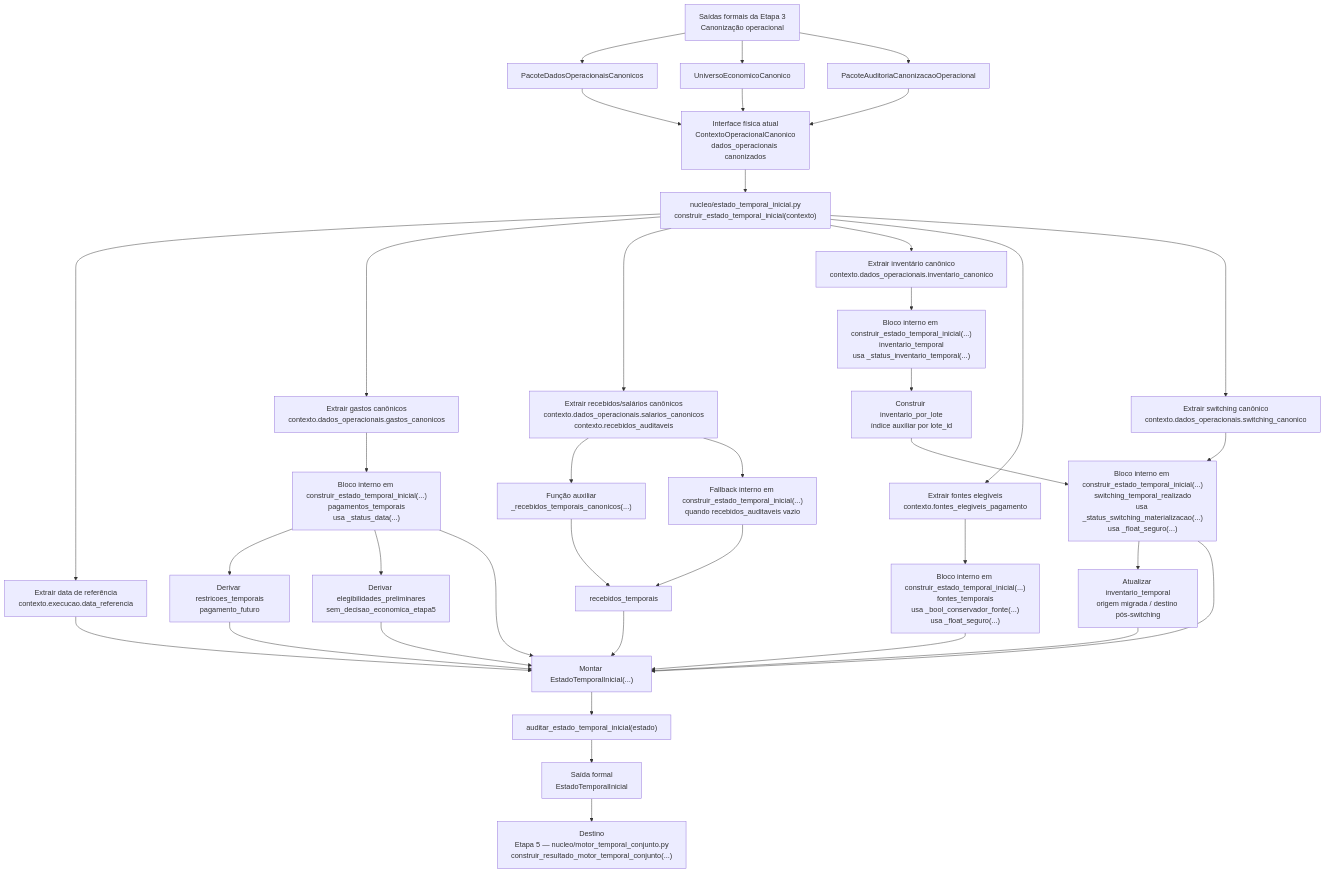
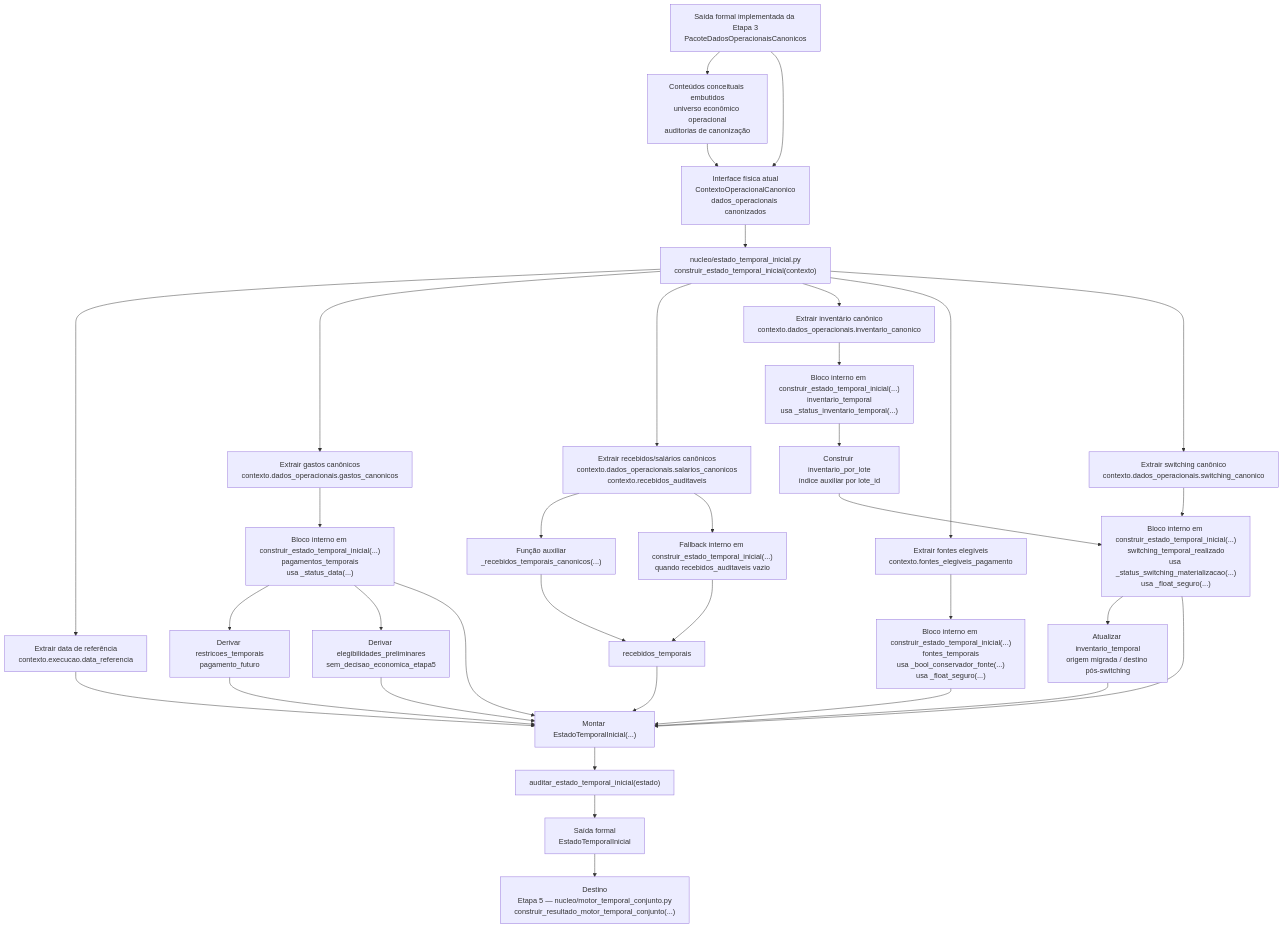
The diagram in relatorios/principais/contratos_individuais/CONTRATO_ETAPA4_ESTADO_TEMPORAL_INICIAL.md (WevertonGomesCosta/payment-investment-allocation), drawn with Mermaid before and after one commit. The commit also changed other lines of this file, not shown here.

Commit message:
MICRO-CONTRATOS-04: alinha entrada da etapa 4 a etapa 3

````diff
--- a/relatorios/principais/contratos_individuais/CONTRATO_ETAPA4_ESTADO_TEMPORAL_INICIAL.md
+++ b/relatorios/principais/contratos_individuais/CONTRATO_ETAPA4_ESTADO_TEMPORAL_INICIAL.md
@@ -172,51 +183,47 @@
 ```mermaid
 flowchart TD
-    E3["Saídas formais da Etapa 3<br/>Canonização operacional"] --> IN1["PacoteDadosOperacionaisCanonicos"]
-    E3 --> IN2["UniversoEconomicoCanonico"]
-    E3 --> IN3["PacoteAuditoriaCanonizacaoOperacional"]
-
-    IN1 --> CTX["Interface física atual<br/>ContextoOperacionalCanonico<br/>dados_operacionais canonizados"]
-    IN2 --> CTX
-    IN3 --> CTX
+    E3["Saída formal implementada da Etapa 3<br/>PacoteDadosOperacionaisCanonicos"] --> EMB["Conteúdos conceituais embutidos<br/>universo econômico operacional<br/>auditorias de canonização"]
+    E3 --> CTX["Interface física atual<br/>ContextoOperacionalCanonico<br/>dados_operacionais canonizados"]
+    EMB --> CTX
 
     CTX --> ORQ["nucleo/estado_temporal_inicial.py<br/>construir_estado_temporal_inicial(contexto)"]
 
     ORQ --> REF["Extrair data de referência<br/>contexto.execucao.data_referencia"]
     ORQ --> GASTOS["Extrair gastos canônicos<br/>contexto.dados_operacionais.gastos_canonicos"]
     ORQ --> RECEBIDOS["Extrair recebidos/salários canônicos<br/>contexto.dados_operacionais.salarios_canonicos<br/>contexto.recebidos_auditaveis"]
     ORQ --> INVENTARIO["Extrair inventário canônico<br/>contexto.dados_operacionais.inventario_canonico"]
     ORQ --> FONTES["Extrair fontes elegíveis<br/>contexto.fontes_elegiveis_pagamento"]
     ORQ --> SWITCH["Extrair switching canônico<br/>contexto.dados_operacionais.switching_canonico"]
 
     GASTOS --> PG["Bloco interno em construir_estado_temporal_inicial(...)<br/>pagamentos_temporais<br/>usa _status_data(...)"]
     INVENTARIO --> INV["Bloco interno em construir_estado_temporal_inicial(...)<br/>inventario_temporal<br/>usa _status_inventario_temporal(...)"]
 
     RECEBIDOS --> REC1["Função auxiliar<br/>_recebidos_temporais_canonicos(...)"]
     REC1 --> REC["recebidos_temporais"]
     RECEBIDOS --> REC_FALLBACK["Fallback interno em construir_estado_temporal_inicial(...)<br/>quando recebidos_auditaveis vazio"]
     REC_FALLBACK --> REC
 
     FONTES --> FON["Bloco interno em construir_estado_temporal_inicial(...)<br/>fontes_temporais<br/>usa _bool_conservador_fonte(...)<br/>usa _float_seguro(...)"]
 
     INV --> INV_IDX["Construir inventario_por_lote<br/>índice auxiliar por lote_id"]
     SWITCH --> SW["Bloco interno em construir_estado_temporal_inicial(...)<br/>switching_temporal_realizado<br/>usa _status_switching_materializacao(...)<br/>usa _float_seguro(...)"]
     INV_IDX --> SW
     SW --> INV_UPD["Atualizar inventario_temporal<br/>origem migrada / destino pós-switching"]
 
     PG --> REST["Derivar restricoes_temporais<br/>pagamento_futuro"]
     PG --> ELEG["Derivar elegibilidades_preliminares<br/>sem_decisao_economica_etapa5"]
 
     REF --> ESTADO["Montar EstadoTemporalInicial(...)"]
     PG --> ESTADO
     INV_UPD --> ESTADO
     REC --> ESTADO
     FON --> ESTADO
     SW --> ESTADO
     REST --> ESTADO
     ELEG --> ESTADO
 
     ESTADO --> AUD["auditar_estado_temporal_inicial(estado)"]
     AUD --> OUT["Saída formal<br/>EstadoTemporalInicial"]
 
     OUT --> E5["Destino<br/>Etapa 5 — nucleo/motor_temporal_conjunto.py<br/>construir_resultado_motor_temporal_conjunto(...)"]
 ```
````
